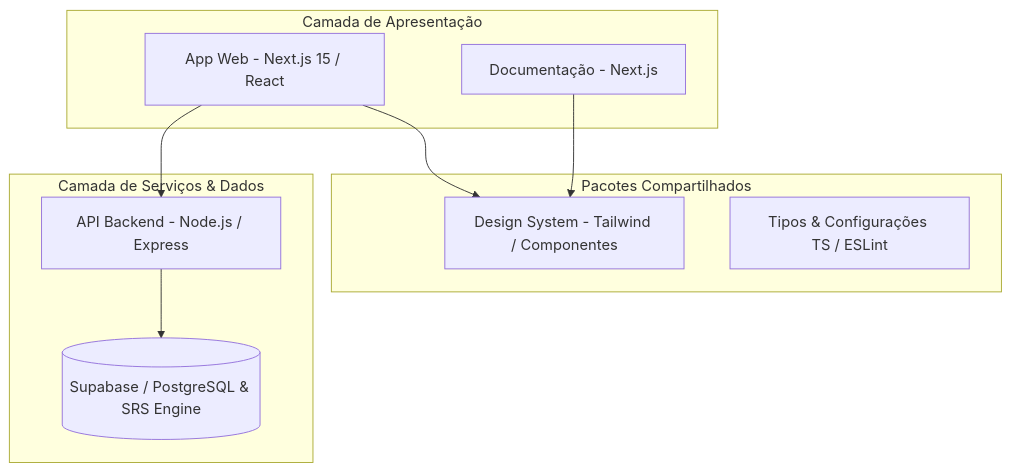
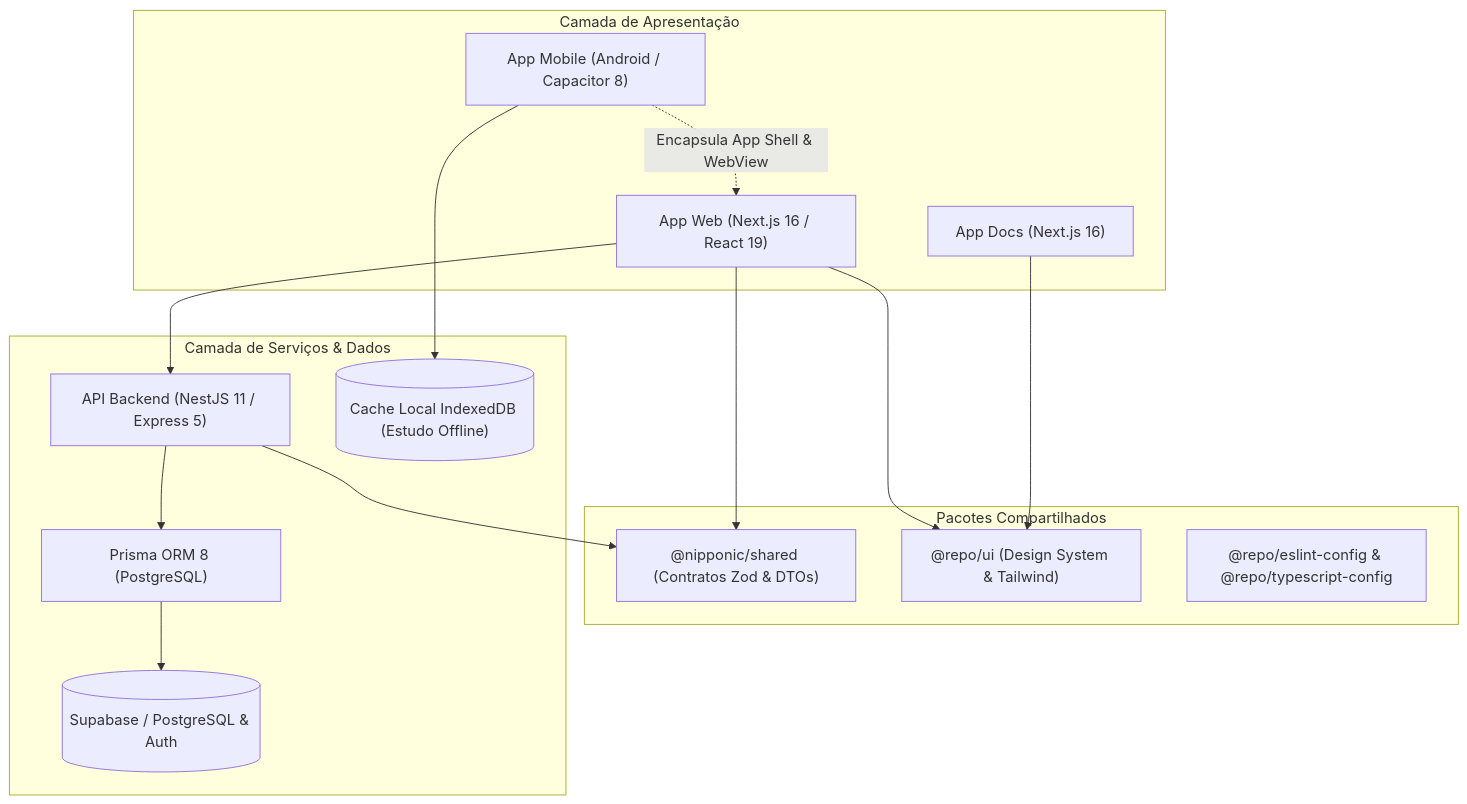
One commit to WeltonSantosFr/nipponic changed the second of 2 diagrams in README.md. Above: the diagram before and after it, drawn with Mermaid. The commit also changed other lines of this file, not shown here.

Commit message:
docs: revise and rewrite README with Capacitor mobile support, offline features, and updated stack

````diff
--- a/README.md
+++ b/README.md
@@ -221,22 +382,31 @@
 ```mermaid
 graph TD
-    subgraph Client [Camada de Apresentação]
-        Web[App Web - Next.js 15 / React]
-        Docs[Documentação - Next.js]
+    subgraph Clientes [Camada de Apresentação]
+        Web["App Web (Next.js 16 / React 19)"]
+        Mobile["App Mobile (Android / Capacitor 8)"]
+        Docs["App Docs (Next.js 16)"]
     end
 
     subgraph Core [Pacotes Compartilhados]
-        UI[Design System - Tailwind / Componentes]
-        Types[Tipos & Configurações TS / ESLint]
+        Shared["@nipponic/shared (Contratos Zod & DTOs)"]
+        UI["@repo/ui (Design System & Tailwind)"]
+        Config["@repo/eslint-config & @repo/typescript-config"]
     end
 
-    subgraph Server [Camada de Serviços & Dados]
-        API[API Backend - Node.js / Express]
-        Supabase[(Supabase / PostgreSQL & SRS Engine)]
+    subgraph Servidor [Camada de Serviços & Dados]
+        API["API Backend (NestJS 11 / Express 5)"]
+        Prisma["Prisma ORM 8 (PostgreSQL)"]
+        Supabase[("Supabase / PostgreSQL & Auth")]
+        OfflineDB[("Cache Local IndexedDB (Estudo Offline)")]
     end
 
+    Web --> Shared
     Web --> UI
+    Mobile -.->|Encapsula App Shell & WebView| Web
+    Mobile --> OfflineDB
+    Docs --> UI
+    API --> Shared
+    API --> Prisma
+    Prisma --> Supabase
     Web --> API
-    Docs --> UI
-    API --> Supabase
 ```
````
